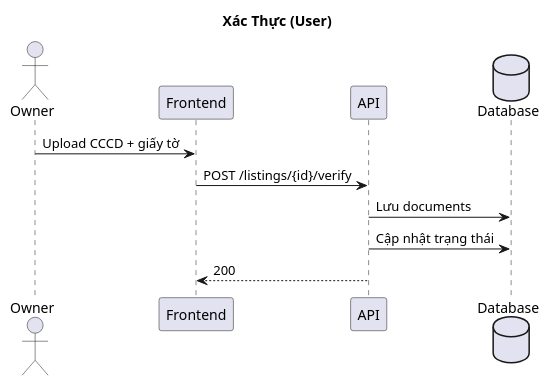
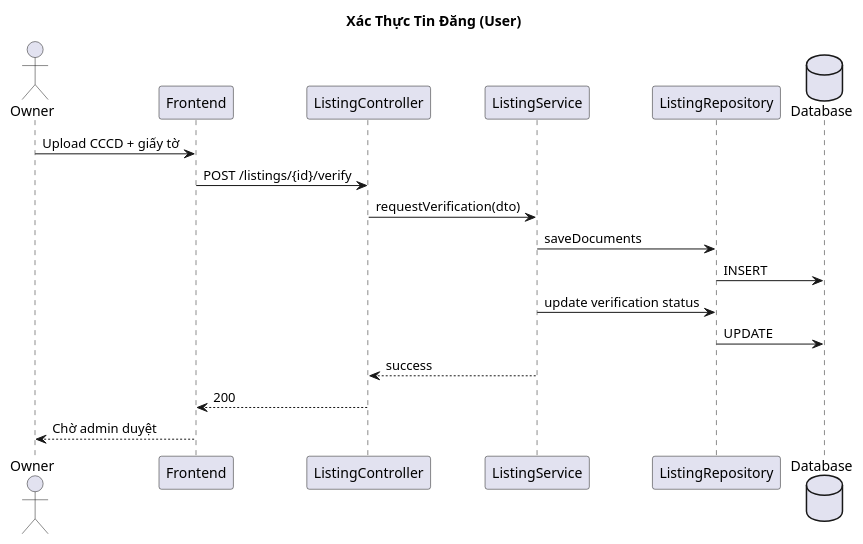
One commit to BuiThaiBao/Propify changed the diagram in docs/sequence-diagram-xac-thuc-tin-dang-user.md. Above: the diagram before and after it, drawn with PlantUML. The commit also changed other lines of this file and 11 other files, not shown here.

Commit message:
feat: update sequence diagrams to reflect 3-layer architecture and detailed interactions

````diff
--- a/docs/sequence-diagram-xac-thuc-tin-dang-user.md
+++ b/docs/sequence-diagram-xac-thuc-tin-dang-user.md
@@ -3,16 +3,23 @@
 ```plantuml
 @startuml
-title Xác Thực (User)
+title Xác Thực Tin Đăng (User)
 
 actor "Owner" as Owner
 participant "Frontend" as FE
-participant "API" as API
+participant "ListingController" as Controller
+participant "ListingService" as Service
+participant "ListingRepository" as Repo
 database "Database" as DB
 
 Owner -> FE: Upload CCCD + giấy tờ
-FE -> API: POST /listings/{id}/verify
-API -> DB: Lưu documents
-API -> DB: Cập nhật trạng thái
-API --> FE: 200
+FE -> Controller: POST /listings/{id}/verify
+Controller -> Service: requestVerification(dto)
+Service -> Repo: saveDocuments
+Repo -> DB: INSERT
+Service -> Repo: update verification status
+Repo -> DB: UPDATE
+Service --> Controller: success
+Controller --> FE: 200
+FE --> Owner: Chờ admin duyệt
 @enduml
 ```
````
